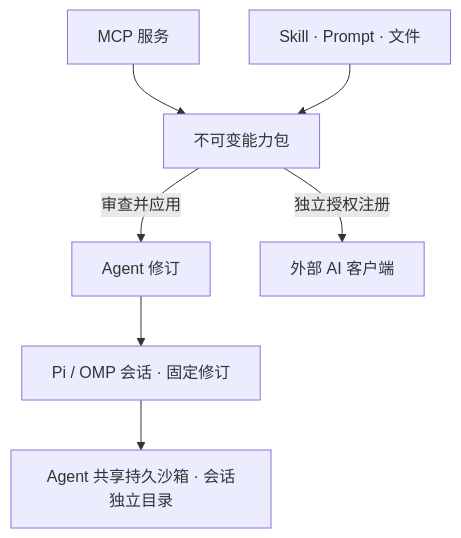
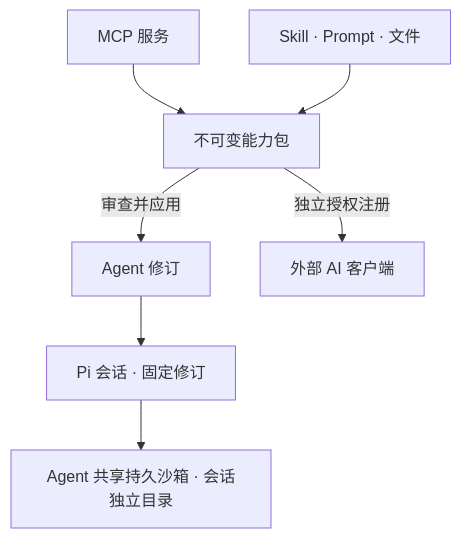
The diagram in README.md (asharca/ToolPlane), drawn with Mermaid before and after one commit. The commit also changed other lines of this file and 101 other files, not shown here.

````diff
--- a/README.md
+++ b/README.md
@@ -19,9 +19,9 @@
 ```mermaid
 flowchart TB
   MCP["MCP 服务"] --> Package["不可变能力包"]
   Skills["Skill · Prompt · 文件"] --> Package
   Package -->|审查并应用| Revision["Agent 修订"]
   Package -->|独立授权注册| Clients["外部 AI 客户端"]
-  Revision --> Session["Pi / OMP 会话 · 固定修订"]
+  Revision --> Session["Pi 会话 · 固定修订"]
   Session --> Sandbox["Agent 共享持久沙箱 · 会话独立目录"]
 ```
````
